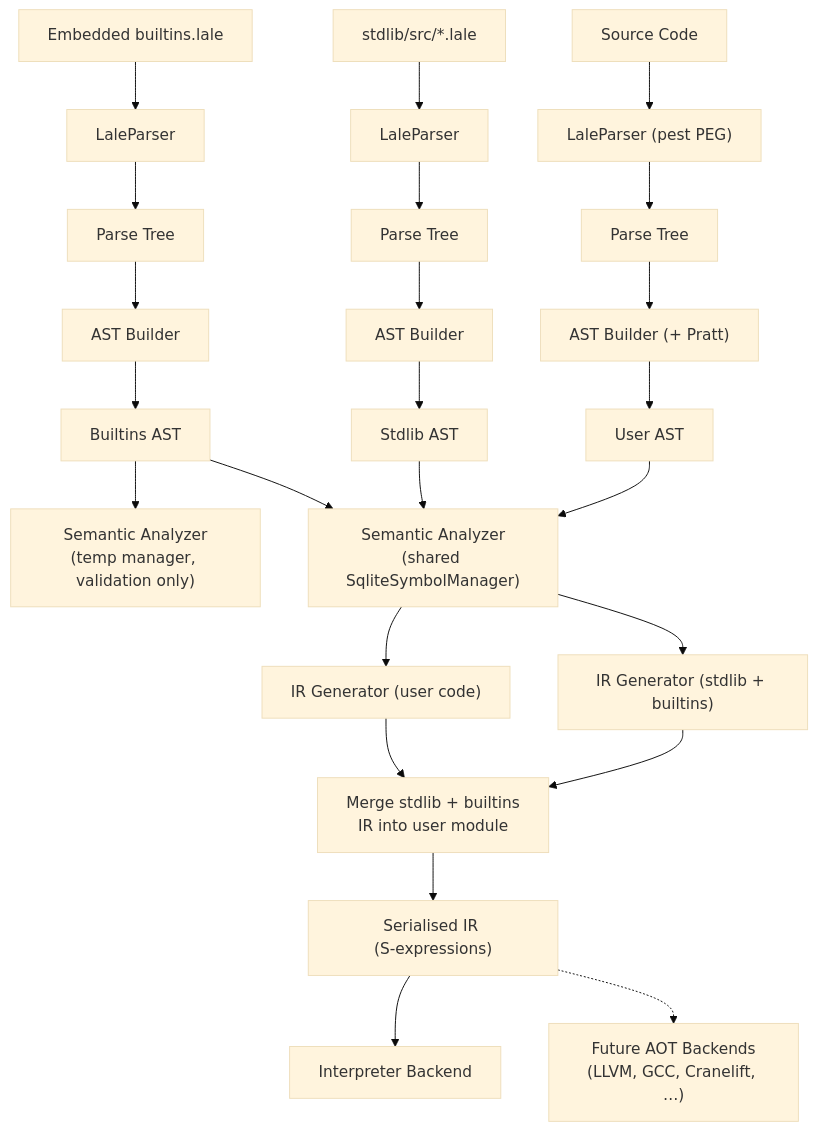
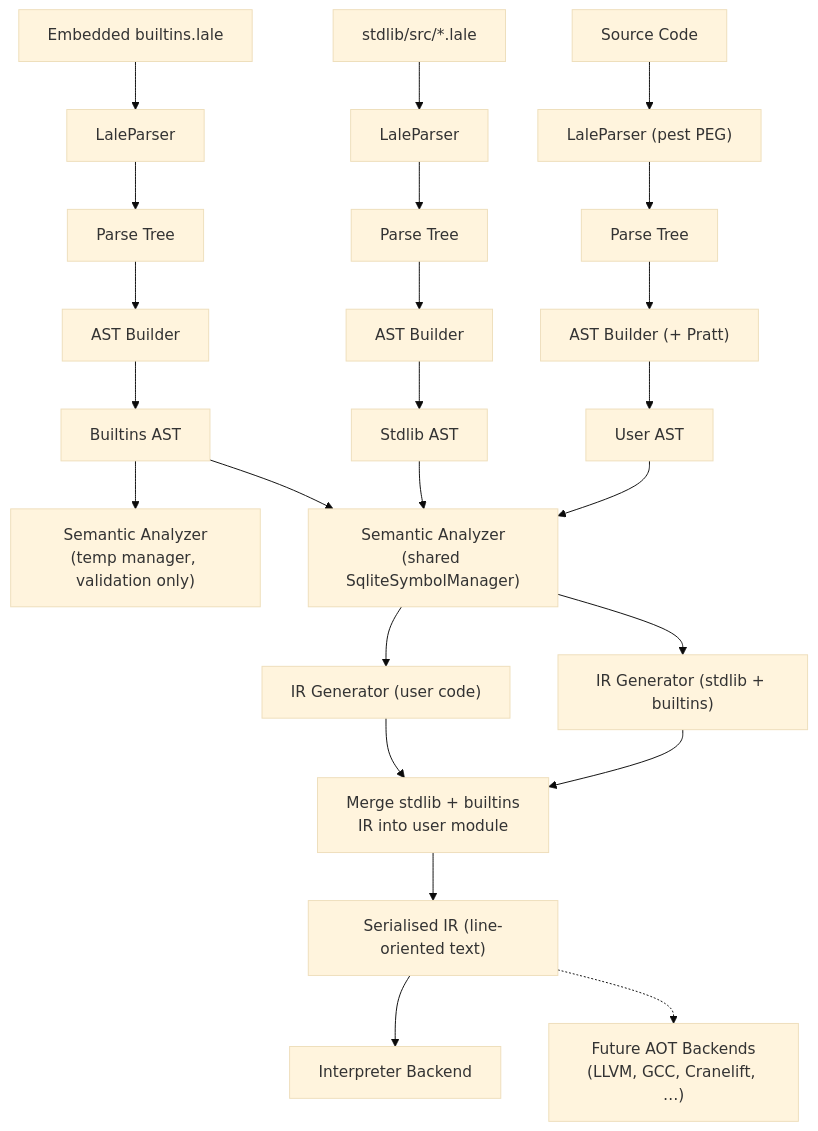
The diagram in doc/ARCHITECTURE.md (kkayal/lale), drawn with Mermaid (base theme) before and after one commit. The commit also changed other lines of this file and 175 other files, not shown here.

````diff
--- a/doc/ARCHITECTURE.md
+++ b/doc/ARCHITECTURE.md
@@ -234,26 +272,26 @@
 ```mermaid
 graph TD
     SourceCode["Source Code"] --> P1["LaleParser (pest PEG)"]
     P1 --> T1["Parse Tree"]
     T1 --> B1["AST Builder (+ Pratt)"]
     Builtins["Embedded builtins.lale"] --> P2["LaleParser"]
     P2 --> T2["Parse Tree"]
     T2 --> B2["AST Builder"]
     StdlibSrc["stdlib/src/*.lale"] --> P3["LaleParser"]
     P3 --> T3["Parse Tree"]
     T3 --> B3["AST Builder"]
     B1 --> AST["User AST"]
     B2 --> BuiltinsAST["Builtins AST"]
     B3 --> StdlibAST["Stdlib AST"]
     BuiltinsAST --> SA_validate["Semantic Analyzer<br/>(temp manager, validation only)"]
     BuiltinsAST --> SA_main["Semantic Analyzer<br/>(shared SqliteSymbolManager)"]
     StdlibAST --> SA_main
     AST --> SA_main
     SA_main --> IRGen["IR Generator (user code)"]
     SA_main --> StdlibIR["IR Generator (stdlib + builtins)"]
     IRGen --> Merge["Merge stdlib + builtins<br/>IR into user module"]
     StdlibIR --> Merge
-    Merge --> SerialisedIR["Serialised IR (S‑expressions)"]
+    Merge --> SerialisedIR["Serialised IR (line-oriented text)"]
     SerialisedIR --> Interpreter["Interpreter Backend"]
     SerialisedIR -.-> Future["Future AOT Backends<br/>(LLVM, GCC, Cranelift, …)"]
 ```
````
